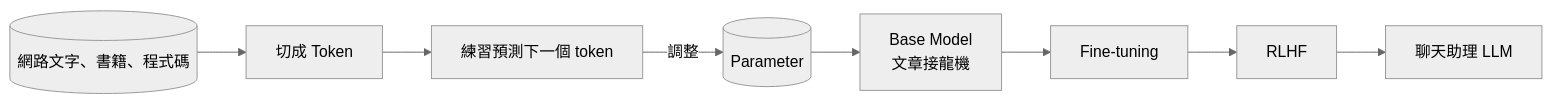
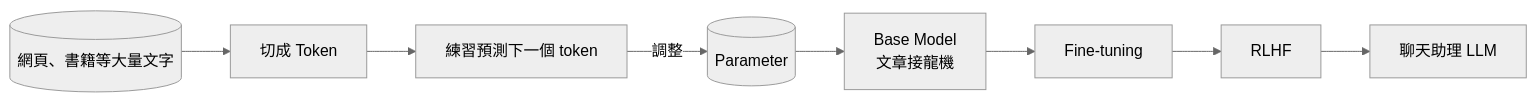
The diagram in diagrams/pre-training.mmd (hsiehpinhwa/ai-glossary), drawn with Mermaid (neutral theme) before and after one commit. The commit also changed 136 other files, not shown here.

```diff
--- a/diagrams/pre-training.mmd
+++ b/diagrams/pre-training.mmd
@@ -1,8 +1,8 @@
 flowchart LR
-  corpus[(網路文字、書籍、程式碼)] --> token[切成 Token]
+  corpus[(網頁、書籍等大量文字)] --> token[切成 Token]
   token --> task[練習預測下一個 token]
   task -- 調整 --> parameter[(Parameter)]
   parameter --> base[Base Model<br/>文章接龍機]
   base --> fine-tuning[Fine-tuning]
   fine-tuning --> rlhf[RLHF]
   rlhf --> llm[聊天助理 LLM]
```
